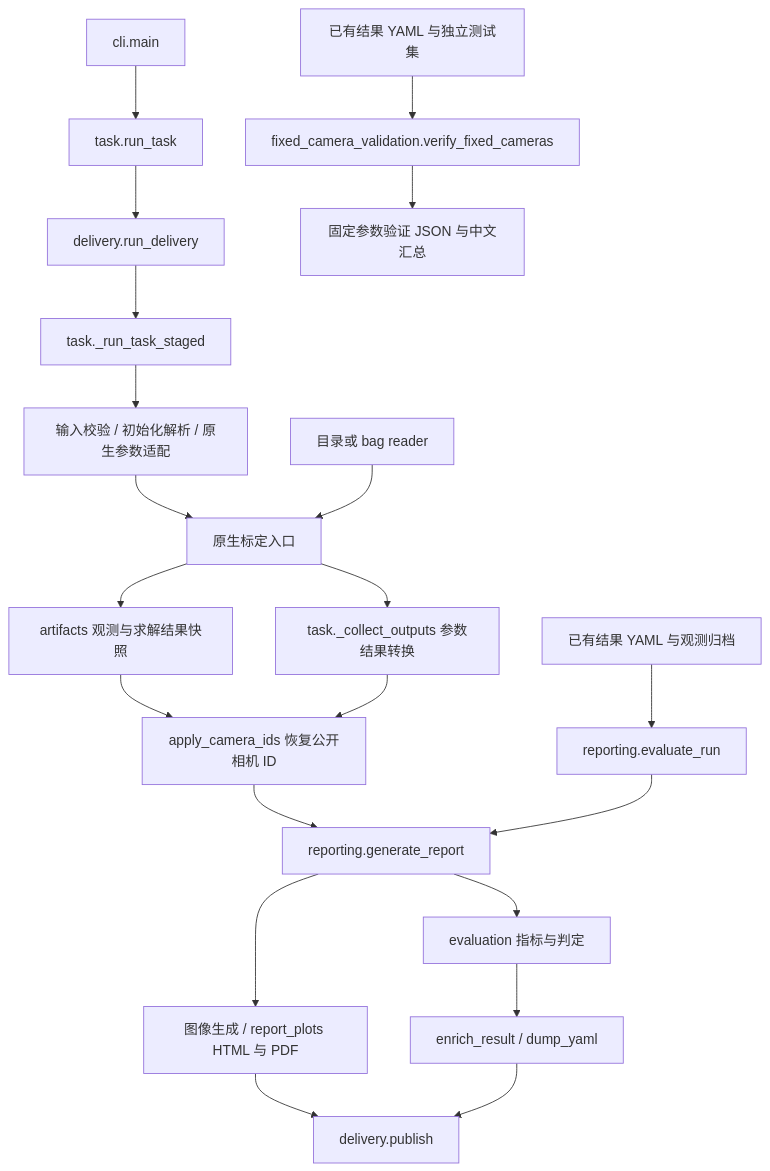
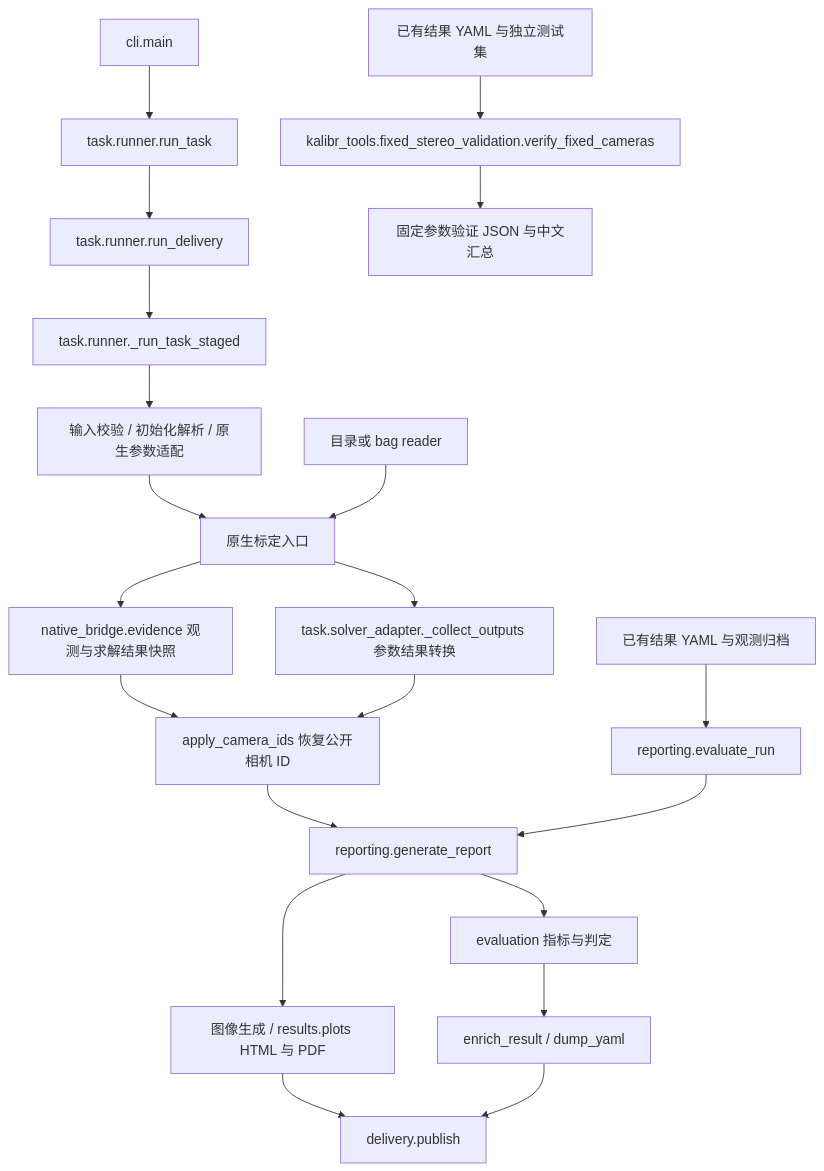
The diagram in docs/IO_CODE_MAINTENANCE_ZH.md (Vincent11499/kalibr_no_ros), drawn with Mermaid before and after one commit. The commit also changed other lines of this file and 62 other files, not shown here.

````diff
--- a/docs/IO_CODE_MAINTENANCE_ZH.md
+++ b/docs/IO_CODE_MAINTENANCE_ZH.md
@@ -52,23 +53,23 @@
 ```mermaid
 flowchart TD
-    A[cli.main] --> B[task.run_task]
-    B --> C[delivery.run_delivery]
-    C --> D[task._run_task_staged]
+    A[cli.main] --> B[task.runner.run_task]
+    B --> C[task.runner.run_delivery]
+    C --> D[task.runner._run_task_staged]
     D --> E[输入校验 / 初始化解析 / 原生参数适配]
     E --> F[原生标定入口]
     G[目录或 bag reader] --> F
-    F --> H[artifacts 观测与求解结果快照]
-    F --> I[task._collect_outputs 参数结果转换]
+    F --> H[native_bridge.evidence 观测与求解结果快照]
+    F --> I[task.solver_adapter._collect_outputs 参数结果转换]
     H --> J[apply_camera_ids 恢复公开相机 ID]
     I --> J
     J --> K[reporting.generate_report]
     K --> L[evaluation 指标与判定]
-    K --> M[图像生成 / report_plots HTML 与 PDF]
+    K --> M[图像生成 / results.plots HTML 与 PDF]
     L --> N[enrich_result / dump_yaml]
     M --> O[delivery.publish]
     N --> O
     P[已有结果 YAML 与观测归档] --> Q[reporting.evaluate_run]
     Q --> K
-    R[已有结果 YAML 与独立测试集] --> S[fixed_camera_validation.verify_fixed_cameras]
+    R[已有结果 YAML 与独立测试集] --> S[kalibr_tools.fixed_stereo_validation.verify_fixed_cameras]
     S --> T[固定参数验证 JSON 与中文汇总]
 ```
````
